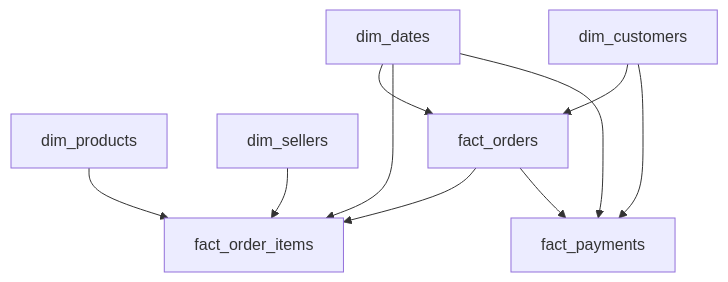
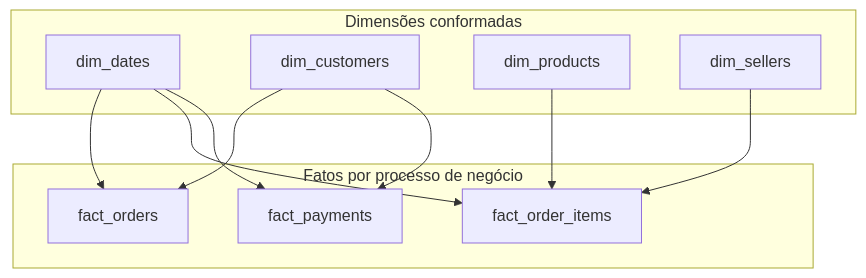
Before and after one commit to LucasManhani/olist-pipeline: the second of 2 diagrams in README.md, drawn with Mermaid. The commit also changed other lines of this file, not shown here.

Commit message:
docs: corrige diagrama do modelo dimensional

````diff
--- a/README.md
+++ b/README.md
@@ -106,21 +106,23 @@
 ```mermaid
 flowchart TB
-    DATES["dim_dates"]
-    CUSTOMERS["dim_customers"]
-    PRODUCTS["dim_products"]
-    SELLERS["dim_sellers"]
+    subgraph DIMENSIONS["Dimensões conformadas"]
+        DATES["dim_dates"]
+        CUSTOMERS["dim_customers"]
+        PRODUCTS["dim_products"]
+        SELLERS["dim_sellers"]
+    end
 
-    ORDERS["fact_orders"]
-    ITEMS["fact_order_items"]
-    PAYMENTS["fact_payments"]
+    subgraph FACTS["Fatos por processo de negócio"]
+        ORDERS["fact_orders"]
+        ITEMS["fact_order_items"]
+        PAYMENTS["fact_payments"]
+    end
 
     DATES --> ORDERS
     CUSTOMERS --> ORDERS
-    ORDERS --> ITEMS
     PRODUCTS --> ITEMS
     SELLERS --> ITEMS
     DATES --> ITEMS
-    ORDERS --> PAYMENTS
     CUSTOMERS --> PAYMENTS
     DATES --> PAYMENTS
 ```
````
